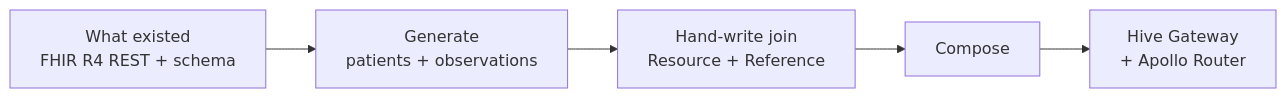
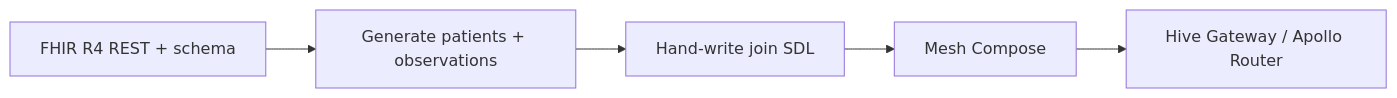
One commit to ardatan/graphql-mesh changed the diagram in website/src/content/v2/examples/fhir.mdx. Above: the diagram before and after it, drawn with Mermaid. The commit also changed 1 other file, not shown here.

Commit message:
docs(website): compact LR Mermaid on FHIR and Music Store
Match /v2 intro style: horizontal flowchart with short single-line
labels for the FHIR how-we-built and Music Store stage walkthrough.

````diff
--- a/website/src/content/v2/examples/fhir.mdx
+++ b/website/src/content/v2/examples/fhir.mdx
@@ -18,7 +18,7 @@
 ```mermaid
 flowchart LR
-  A[What existed<br/>FHIR R4 REST + schema] --> B[Generate<br/>patients + observations]
-  B --> C[Hand-write join<br/>Resource + Reference]
-  C --> D[Compose]
-  D --> E[Hive Gateway<br/>+ Apollo Router]
+  A[FHIR R4 REST + schema] --> B[Generate patients + observations]
+  B --> C[Hand-write join SDL]
+  C --> D[Mesh Compose]
+  D --> E[Hive Gateway / Apollo Router]
 ```
````
